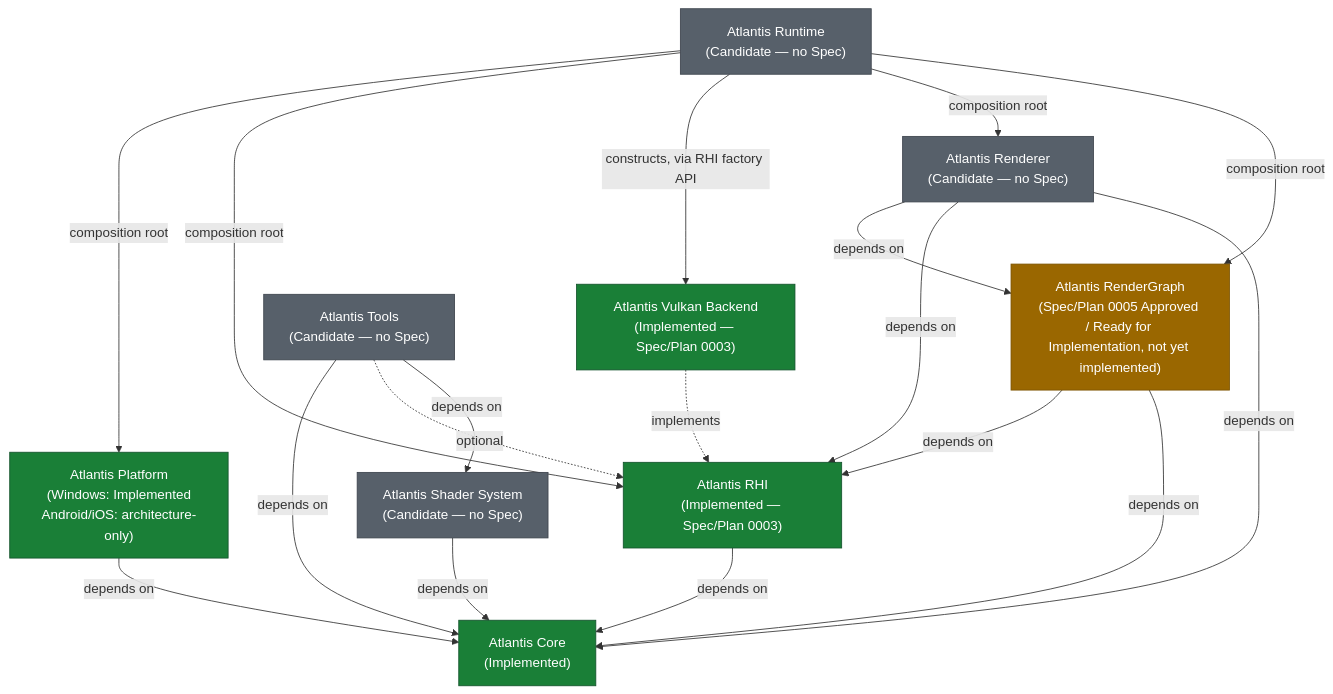
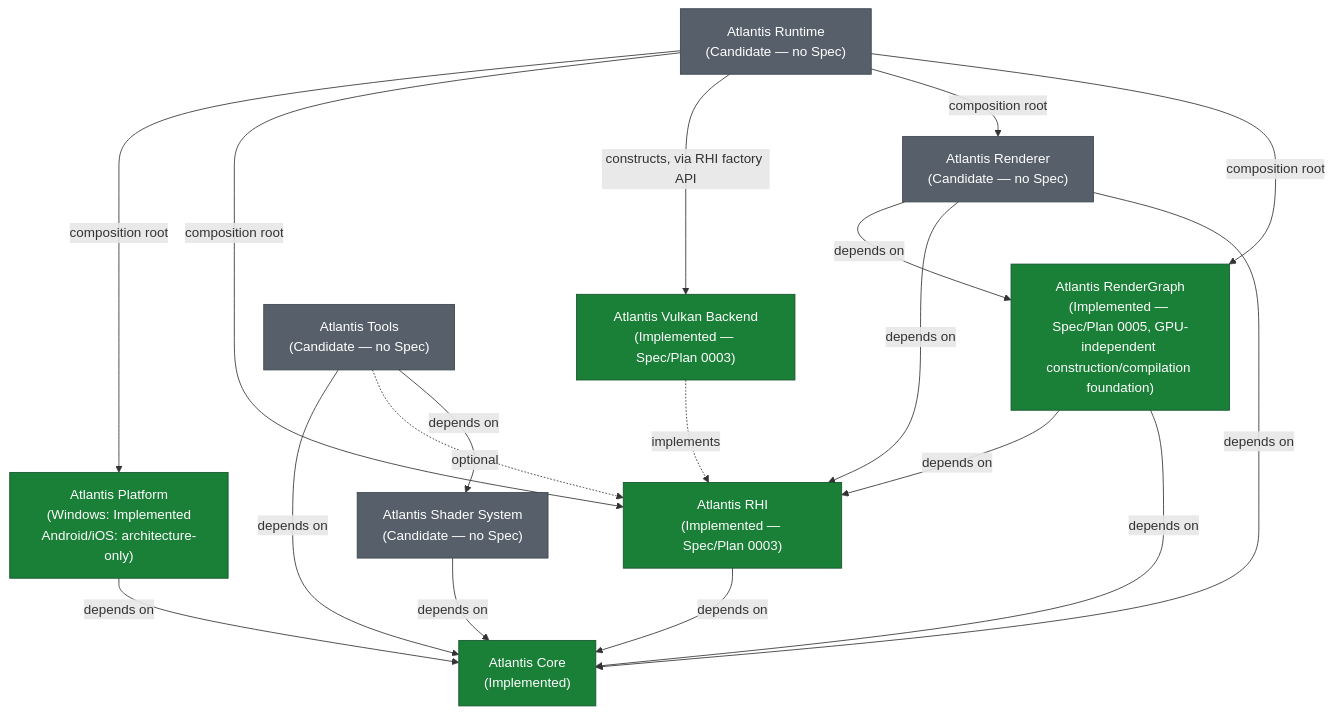
One commit to slmao/Atlantis changed the diagram in docs/project-blueprint.md. Above: the diagram before and after it, drawn with Mermaid. The commit also changed other lines of this file and 2 other files, not shown here.

Commit message:
docs: sync Spec 0005 implementation status

````diff
--- a/docs/project-blueprint.md
+++ b/docs/project-blueprint.md
@@ -89,47 +89,47 @@
 ```mermaid
 graph TD
     Core["Atlantis Core<br/>(Implemented)"]
 
     Platform["Atlantis Platform<br/>(Windows: Implemented<br/>Android/iOS: architecture-only)"]
     RHI["Atlantis RHI<br/>(Implemented — Spec/Plan 0003)"]
     VulkanBackend["Atlantis Vulkan Backend<br/>(Implemented — Spec/Plan 0003)"]
-    RenderGraph["Atlantis RenderGraph<br/>(Spec/Plan 0005 Approved / Ready for Implementation, not yet implemented)"]
+    RenderGraph["Atlantis RenderGraph<br/>(Implemented — Spec/Plan 0005, GPU-independent construction/compilation foundation)"]
     Renderer["Atlantis Renderer<br/>(Candidate — no Spec)"]
     ShaderSystem["Atlantis Shader System<br/>(Candidate — no Spec)"]
     Runtime["Atlantis Runtime<br/>(Candidate — no Spec)"]
     Tools["Atlantis Tools<br/>(Candidate — no Spec)"]
 
     Platform -->|depends on| Core
     RHI -->|depends on| Core
     RenderGraph -->|depends on| RHI
     RenderGraph -->|depends on| Core
     Renderer -->|depends on| RenderGraph
     Renderer -->|depends on| RHI
     Renderer -->|depends on| Core
     ShaderSystem -->|depends on| Core
     Tools -->|depends on| Core
     Tools -.->|optional| RHI
     Tools -->|depends on| ShaderSystem
 
     VulkanBackend -.->|implements| RHI
 
     Runtime -->|composition root| Platform
     Runtime -->|composition root| RHI
     Runtime -->|constructs, via RHI factory API| VulkanBackend
     Runtime -->|composition root| Renderer
     Runtime -->|composition root| RenderGraph
 
     classDef implemented fill:#1a7f37,color:#fff,stroke:#14532d
     classDef approved fill:#9a6700,color:#fff,stroke:#7c5300
     classDef candidate fill:#57606a,color:#fff,stroke:#3d444d
 
     class Core implemented
     class Platform implemented
     class RHI implemented
     class VulkanBackend implemented
-    class RenderGraph approved
+    class RenderGraph implemented
     class Renderer candidate
     class ShaderSystem candidate
     class Runtime candidate
     class Tools candidate
 ```
````
